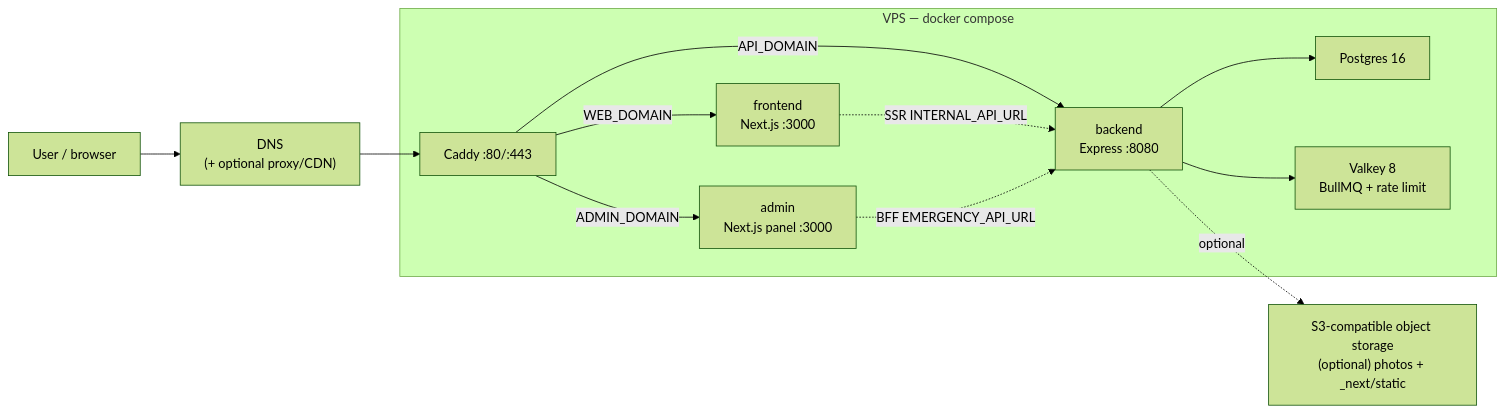
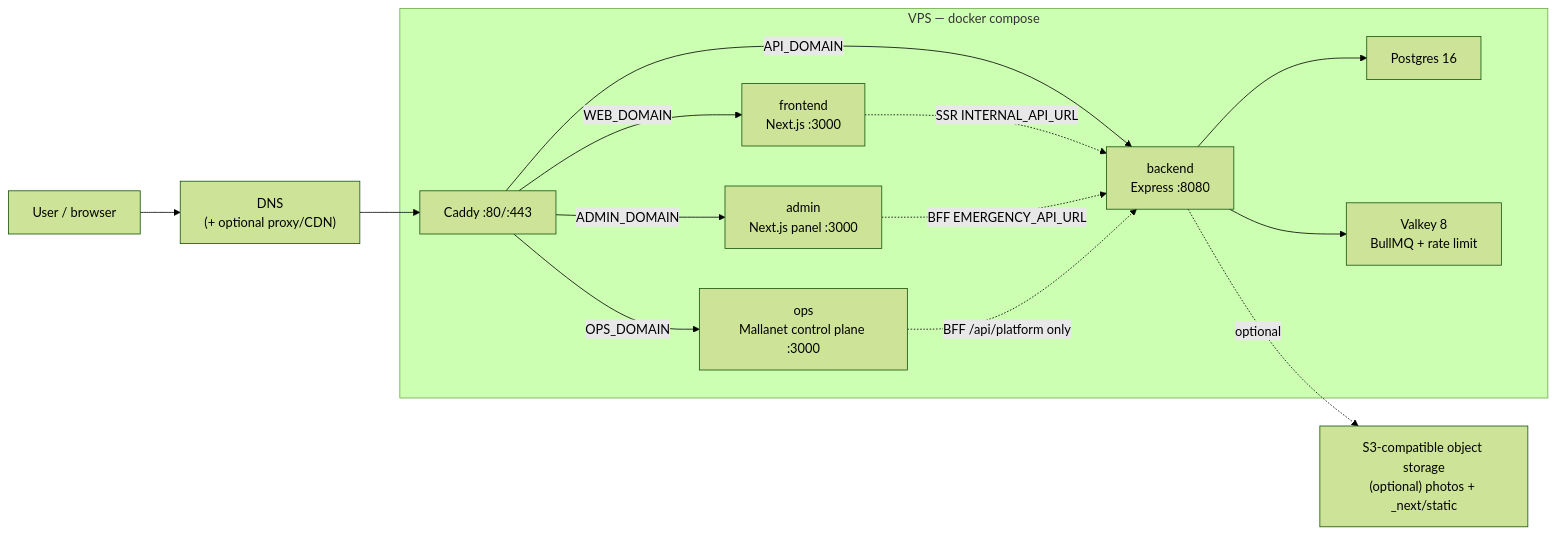
One commit to Emuthmartinez/platform changed the first of 4 diagrams in docs/architecture.md. Above: the diagram before and after it, drawn with Mermaid (forest theme). The commit also changed other lines of this file and 58 other files, not shown here.

Commit message:
feat(platform): add Mallanet control plane

````diff
--- a/docs/architecture.md
+++ b/docs/architecture.md
@@ -57,25 +64,28 @@
 ```mermaid
 flowchart LR
     user["User / browser"]
     dns["DNS<br/>(+ optional proxy/CDN)"]
     storage["S3-compatible object storage<br/>(optional) photos + _next/static"]
 
     subgraph vps["VPS — docker compose"]
         caddy["Caddy :80/:443"]
         frontend["frontend<br/>Next.js :3000"]
         backend["backend<br/>Express :8080"]
-        admin["admin<br/>Next.js panel :3000"]
+    admin["admin<br/>Next.js panel :3000"]
+        ops["ops<br/>Mallanet control plane :3000"]
         pg["Postgres 16"]
         valkey["Valkey 8<br/>BullMQ + rate limit"]
     end
 
     user --> dns --> caddy
     caddy -->|WEB_DOMAIN| frontend
     caddy -->|API_DOMAIN| backend
     caddy -->|ADMIN_DOMAIN| admin
+    caddy -->|OPS_DOMAIN| ops
     frontend -.SSR INTERNAL_API_URL.-> backend
     admin -.BFF EMERGENCY_API_URL.-> backend
+    ops -.BFF /api/platform only.-> backend
     backend --> pg
     backend --> valkey
     backend -.optional.-> storage
 ```
````
